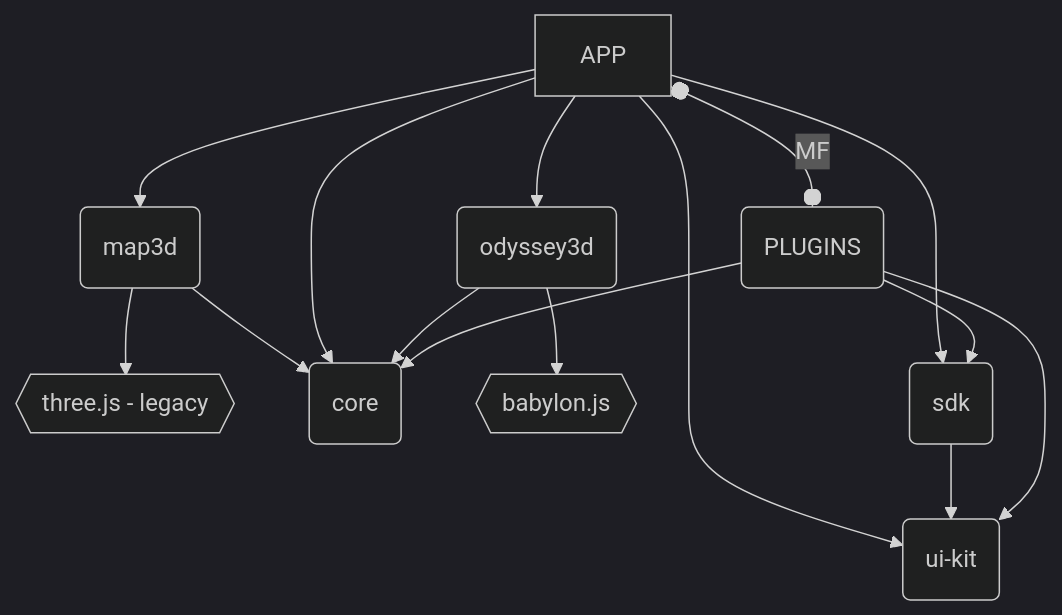
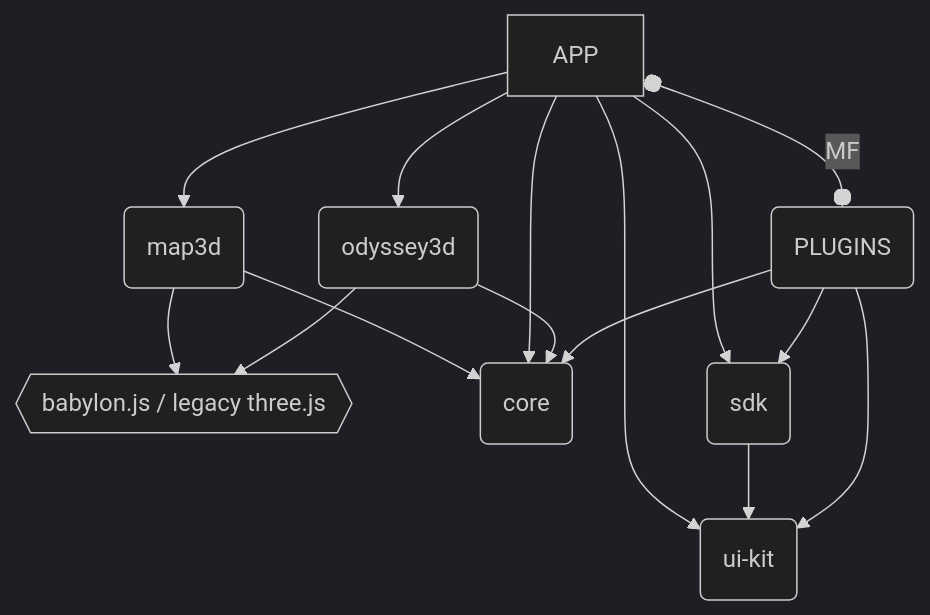
The second of 2 diagrams in README.md (momentum-xyz/ui-client), drawn with Mermaid (dark theme) before and after one commit.

Commit message:
docs: another simplification

````diff
--- a/README.md
+++ b/README.md
@@ -45,17 +45,17 @@
 ```mermaid
 flowchart TD
     A --> MAP(map3d)
-    MAP --> T{{three.js - legacy}}
+    MAP --> B
     MAP --> C
     A --> 3D(odyssey3d)
-    3D --> B{{babylon.js}}
+    3D --> B{{babylon.js / legacy three.js}}
     A --> S(sdk)
     A[APP] --> C(core)
     A --> K(ui-kit)
     S --> K
     P --> S
     P --> K
     3D --> C
     P --> C
     A o--o |MF| P(PLUGINS)
 ```
````
